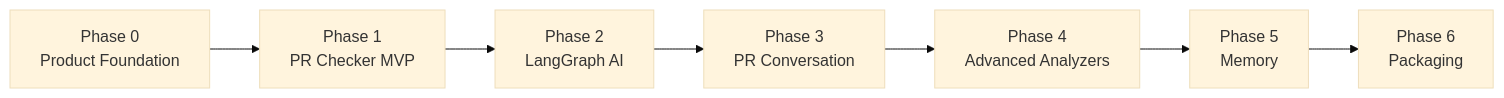
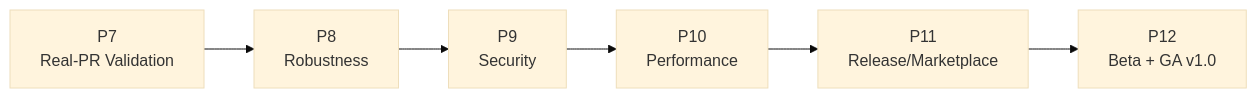
Before and after one commit to ayushkumar320/CodeGuardian: the diagram in doc/build/README.md, drawn with Mermaid (base theme). The commit also changed other lines of this file and 21 other files, not shown here.

````diff
--- a/doc/build/README.md
+++ b/doc/build/README.md
@@ -28,9 +31,8 @@
 ```mermaid
 flowchart LR
-  P0["Phase 0<br/>Product Foundation"] --> P1["Phase 1<br/>PR Checker MVP"]
-  P1 --> P2["Phase 2<br/>LangGraph AI"]
-  P2 --> P3["Phase 3<br/>PR Conversation"]
-  P3 --> P4["Phase 4<br/>Advanced Analyzers"]
-  P4 --> P5["Phase 5<br/>Memory"]
-  P5 --> P6["Phase 6<br/>Packaging"]
+  P7["P7<br/>Real-PR Validation"] --> P8["P8<br/>Robustness"]
+  P8 --> P9["P9<br/>Security"]
+  P9 --> P10["P10<br/>Performance"]
+  P10 --> P11["P11<br/>Release/Marketplace"]
+  P11 --> P12["P12<br/>Beta + GA v1.0"]
 ```
````
